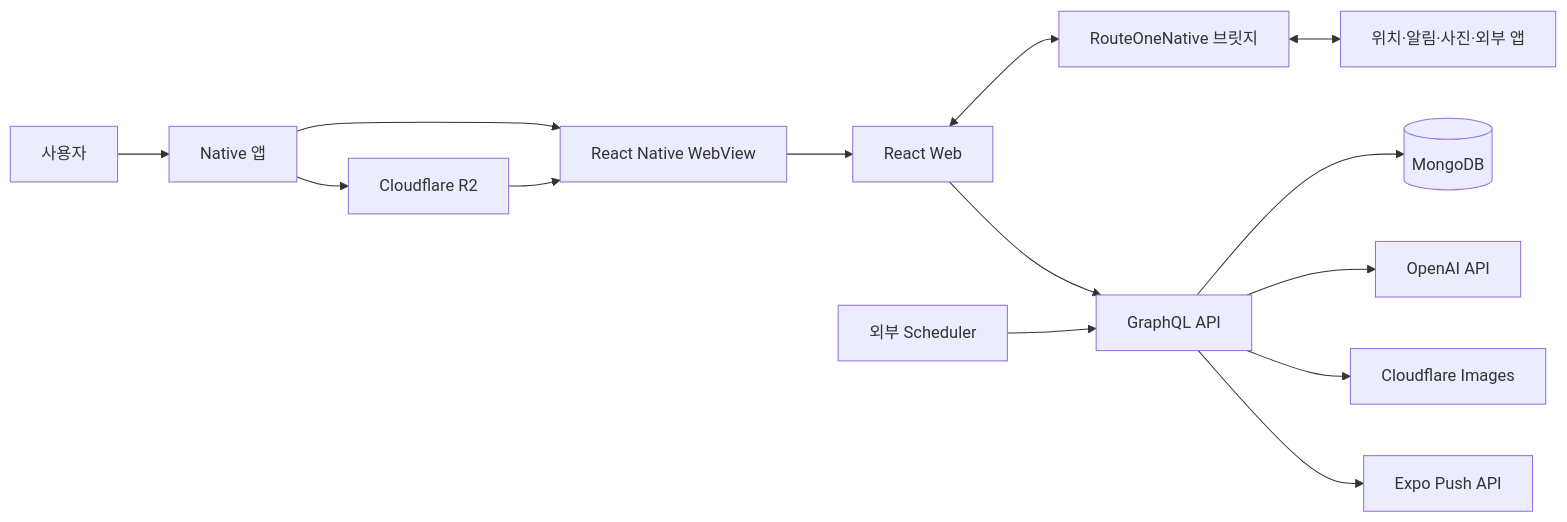
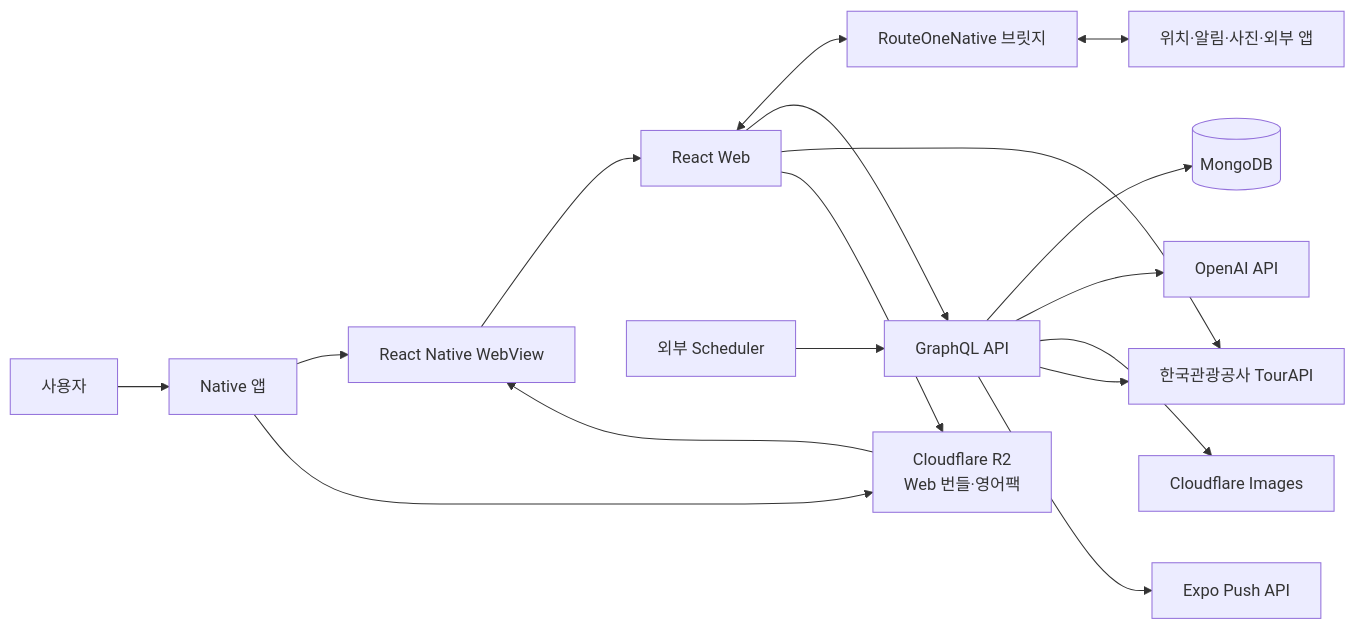
One commit to MyeongwuKim/routeone changed the first of 2 diagrams in README.md. Above: the diagram before and after it, drawn with Mermaid. The commit also changed other lines of this file, not shown here.

````diff
--- a/README.md
+++ b/README.md
@@ -32,16 +42,19 @@
 ```mermaid
 flowchart LR
     User[사용자] --> Native[Native 앱]
     Native --> WebView[React Native WebView]
     WebView --> Web[React Web]
     Web <--> Bridge[RouteOneNative 브릿지]
     Bridge <--> Device[위치·알림·사진·외부 앱]
     Web --> API[GraphQL API]
     API --> DB[(MongoDB)]
     API --> OpenAI[OpenAI API]
     API --> Images[Cloudflare Images]
+    API --> TourAPI[한국관광공사 TourAPI]
+    Web --> TourAPI
     Scheduler[외부 Scheduler] --> API
     API --> Push[Expo Push API]
-    Native --> R2[Cloudflare R2]
+    Native --> R2[Cloudflare R2<br/>Web 번들·영어팩]
+    Web --> R2
     R2 --> WebView
 ```
````
